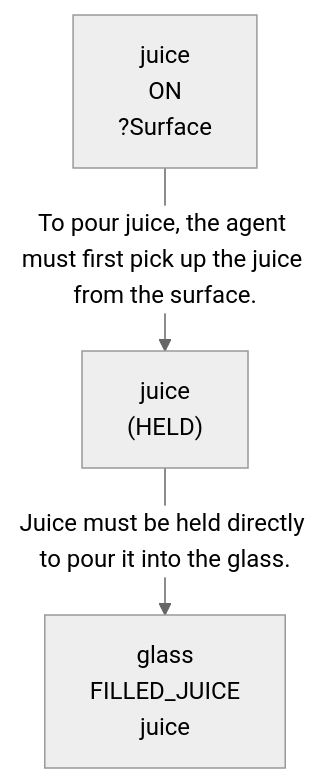
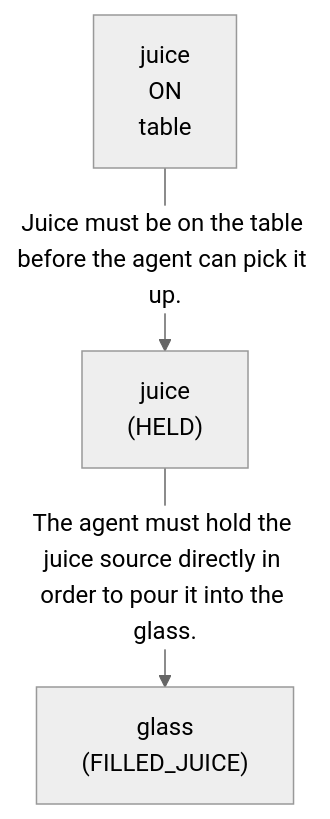
The third of 4 diagrams in evaluation/results/table1/robostate/dynamic/high/M1_02/run_T1_DYN_M1_02_high.md (scuama/virtualhome), drawn with Mermaid (neutral theme) before and after one commit. The commit also changed other lines of this file and 133 other files, not shown here.

````diff
--- a/evaluation/results/table1/robostate/dynamic/high/M1_02/run_T1_DYN_M1_02_high.md
+++ b/evaluation/results/table1/robostate/dynamic/high/M1_02/run_T1_DYN_M1_02_high.md
@@ -136,8 +136,8 @@
 ```mermaid
 graph TD
-    N1["juice<br>ON<br>?Surface"]
+    N1["juice<br>ON<br>table"]
     N2["juice<br>(HELD)"]
-    N3["glass<br>FILLED_JUICE<br>juice"]
-    N1 -->|"To pour juice, the agent must first pick up the juice from the surface."| N2
-    N2 -->|"Juice must be held directly to pour it into the glass."| N3
+    N3["glass<br>(FILLED_JUICE)"]
+    N1 -->|"Juice must be on the table before the agent can pick it up."| N2
+    N2 -->|"The agent must hold the juice source directly in order to pour it into the glass."| N3
 ```
````
